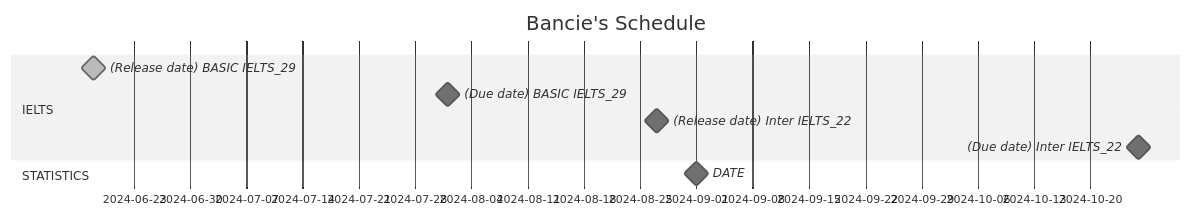
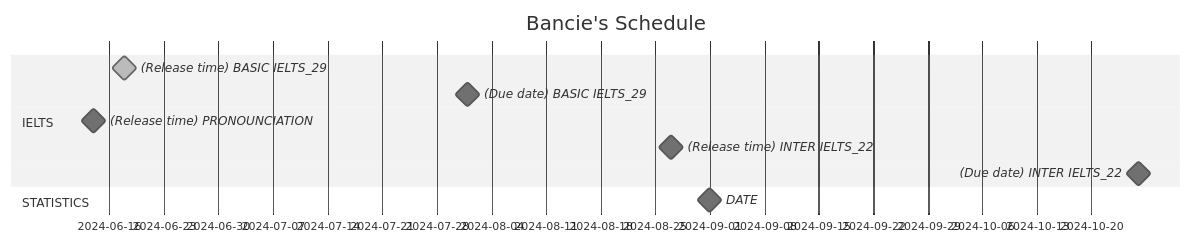
Before and after one commit to S-ROLL/notebook.maths: the diagram in README.md, drawn with Mermaid (neutral theme).

````diff
--- a/README.md
+++ b/README.md
@@ -2,24 +2,26 @@
 ```mermaid
 gantt
     title Bancie's Schedule
     dateFormat DD-MM-YY
     section IELTS
         %(Due date) FINAL EXAM: milestone, 06-07-2025, 0d
 
         %---BASIC IELTS_29---
-        (Release date) BASIC IELTS_29: done, milestone, 18-06-24, 0d
+        (Release time) BASIC IELTS_29: done, milestone, 18-06-24, 0d
         (Due date) BASIC IELTS_29: milestone, 01-08-24, 0d
 
         %---PRONOUNCIATION---
+        (Release time) PRONOUNCIATION: milestone, 14-06-24, 0d
+
 
 
         %---Inter IELTS_22---
-        (Release date) Inter IELTS_22: milestone, 27-08-24, 0d
-        (Due date) Inter IELTS_22: milestone, 26-10-24, 0d
+        (Release time) INTER IELTS_22: milestone, 27-08-24, 0d
+        (Due date) INTER IELTS_22: milestone, 26-10-24, 0d
 
     section STATISTICS
         DATE: milestone, 01-09-24, 0d
 
     section PYTHON
     section MACHINE LEARNING
 ```
````
